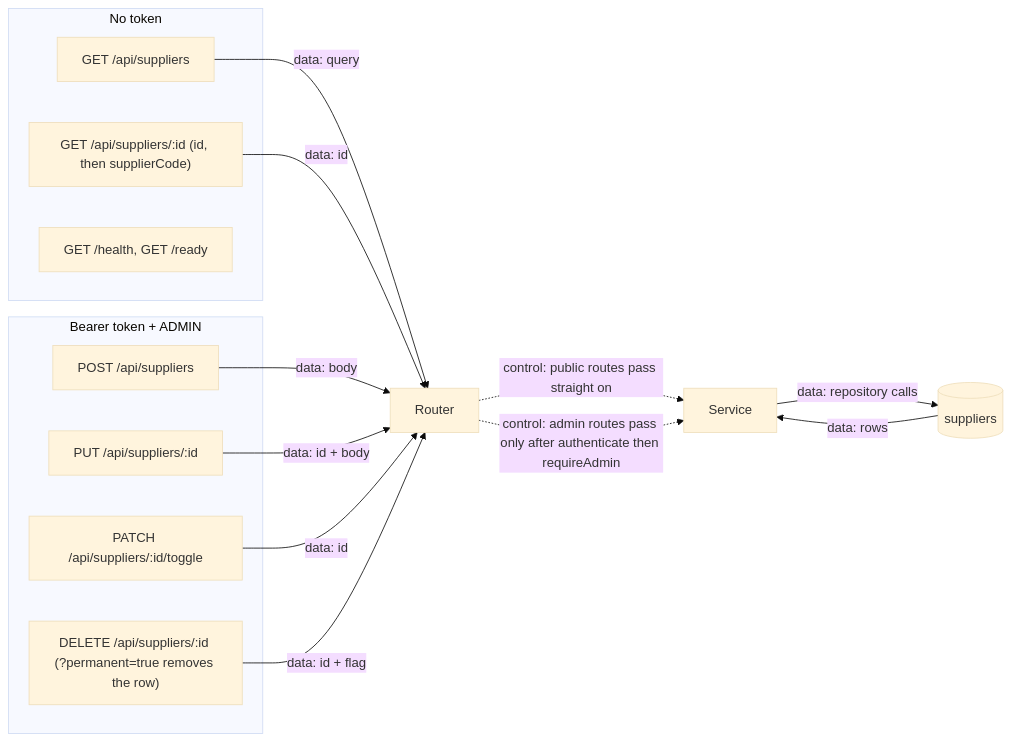
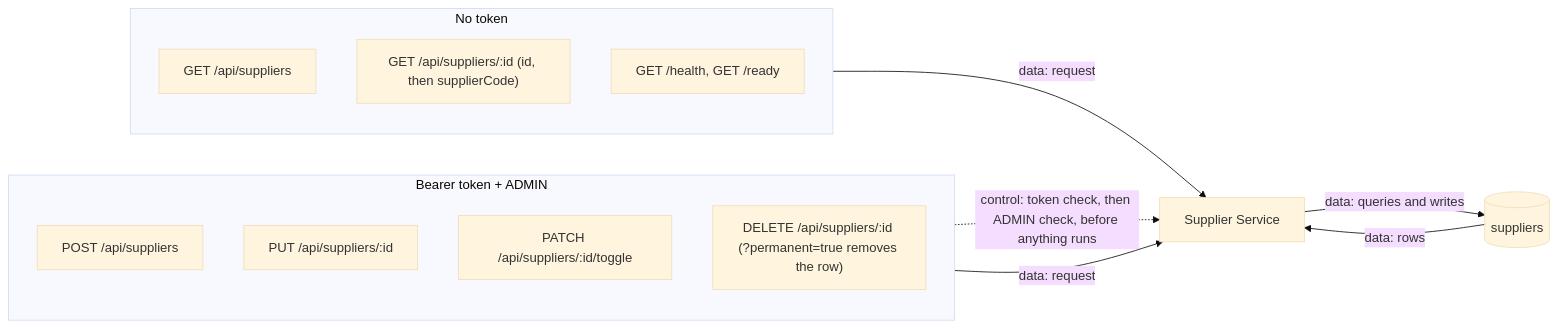
Before and after one commit to AY2627S1-CS3219-P25/friend-on-campus: the second of 6 diagrams in docs/services/supplier-service/README.md, drawn with Mermaid (base theme). The commit also changed other lines of this file and 7 other files, not shown here.

Commit message:
Adds SoC LLM Flow diagram, legends in digrams all services diagrams

````diff
--- a/docs/services/supplier-service/README.md
+++ b/docs/services/supplier-service/README.md
@@ -88,27 +83,21 @@
 ```mermaid
 flowchart LR
   subgraph Public["No token"]
     G1["GET /api/suppliers"]
     G2["GET /api/suppliers/:id (id, then supplierCode)"]
     H["GET /health, GET /ready"]
   end
   subgraph Admin["Bearer token + ADMIN"]
     P1["POST /api/suppliers"]
     P2["PUT /api/suppliers/:id"]
     P3["PATCH /api/suppliers/:id/toggle"]
     P4["DELETE /api/suppliers/:id (?permanent=true removes the row)"]
   end
-  R["Router"]
-  S["Service"]
+  SS["Supplier Service"]
   D[("suppliers")]
-  G1 -->|"data: query"| R
-  G2 -->|"data: id"| R
-  P1 -->|"data: body"| R
-  P2 -->|"data: id + body"| R
-  P3 -->|"data: id"| R
-  P4 -->|"data: id + flag"| R
-  R -.->|"control: public routes pass straight on"| S
-  R -.->|"control: admin routes pass only after authenticate then requireAdmin"| S
-  S -->|"data: repository calls"| D
-  D -->|"data: rows"| S
+  Public -->|"data: request"| SS
+  Admin -.->|"control: token check, then ADMIN check, before anything runs"| SS
+  Admin -->|"data: request"| SS
+  SS -->|"data: queries and writes"| D
+  D -->|"data: rows"| SS
 ```
````
